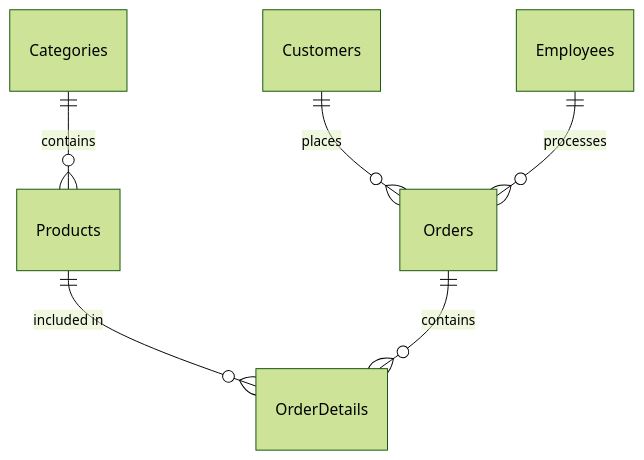
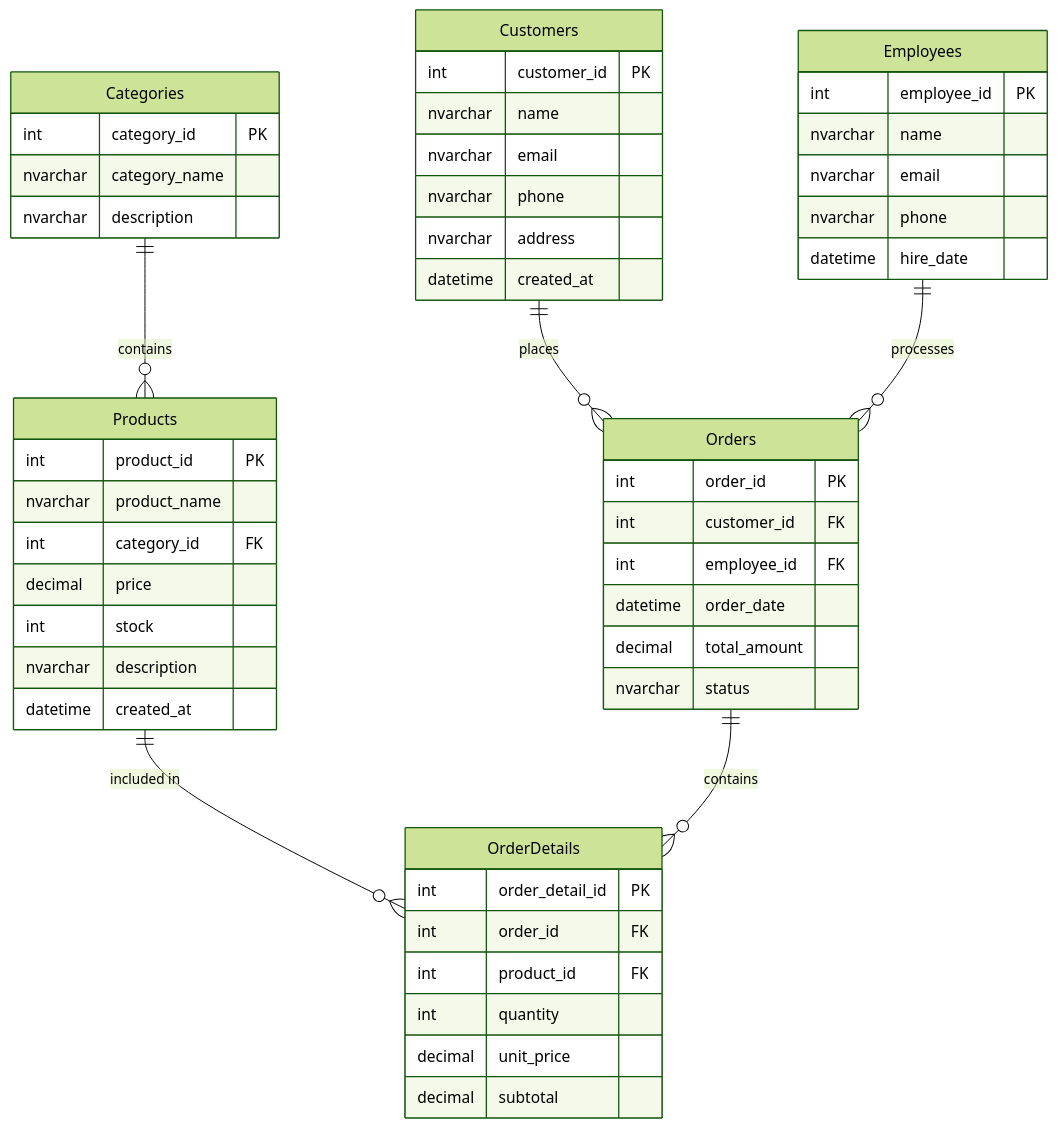
One commit to maolahdesign/aprilo changed the diagram in sqlserver2022.md. Above: the diagram before and after it, drawn with Mermaid (forest theme). The commit also changed 1 other file, not shown here.

````diff
--- a/sqlserver2022.md
+++ b/sqlserver2022.md
@@ -4,9 +4,60 @@
 ```mermaid
 erDiagram
     Categories ||--o{ Products : contains
     Products ||--o{ OrderDetails : "included in"
     Customers ||--o{ Orders : places
     Employees ||--o{ Orders : processes
     Orders ||--o{ OrderDetails : contains
+    
+    Categories {
+        int category_id PK
+        nvarchar category_name
+        nvarchar description
+    }
+    
+    Products {
+        int product_id PK
+        nvarchar product_name
+        int category_id FK
+        decimal price
+        int stock
+        nvarchar description
+        datetime created_at
+    }
+    
+    Customers {
+        int customer_id PK
+        nvarchar name
+        nvarchar email
+        nvarchar phone
+        nvarchar address
+        datetime created_at
+    }
+    
+    Employees {
+        int employee_id PK
+        nvarchar name
+        nvarchar email
+        nvarchar phone
+        datetime hire_date
+    }
+    
+    Orders {
+        int order_id PK
+        int customer_id FK
+        int employee_id FK
+        datetime order_date
+        decimal total_amount
+        nvarchar status
+    }
+    
+    OrderDetails {
+        int order_detail_id PK
+        int order_id FK
+        int product_id FK
+        int quantity
+        decimal unit_price
+        decimal subtotal
+    }
 
 ```
````
